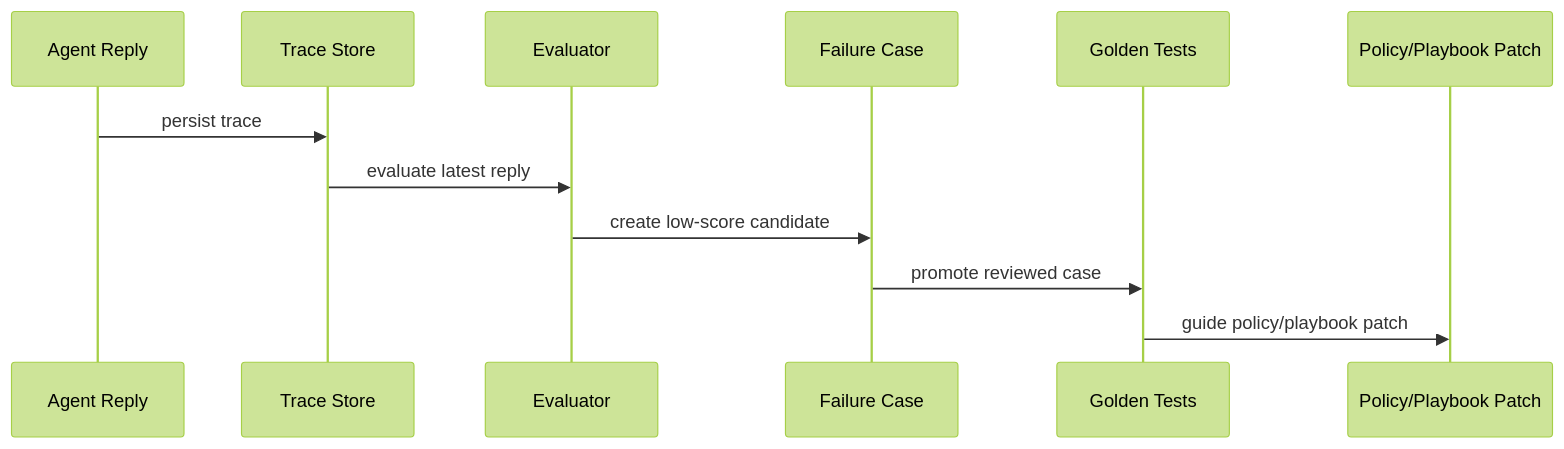
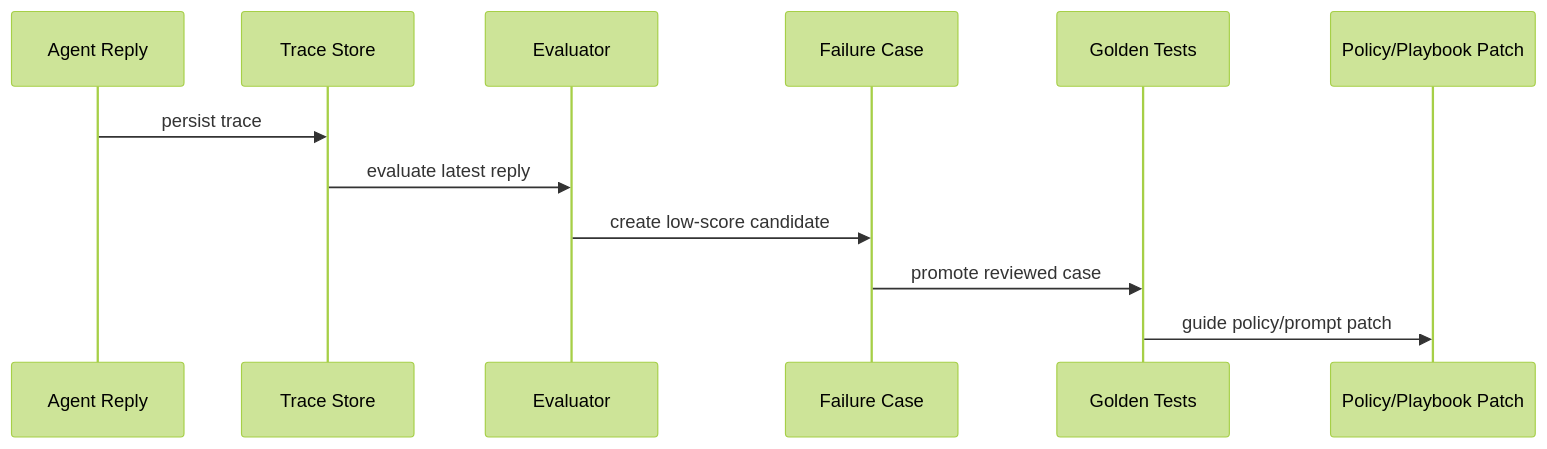
One commit to ImWenyaoT/chatty changed the seventh of 7 diagrams in docs/loop-engineering-plan.md. Above: the diagram before and after it, drawn with Mermaid (forest theme). The commit also changed other lines of this file and 4 other files, not shown here.

````diff
--- a/docs/loop-engineering-plan.md
+++ b/docs/loop-engineering-plan.md
@@ -321,15 +327,15 @@
 ```mermaid
 sequenceDiagram
   participant A as Agent Reply
   participant T as Trace Store
   participant E as Evaluator
   participant F as Failure Case
   participant G as Golden Tests
   participant P as Policy/Playbook Patch
 
   A->>T: persist trace
   T->>E: evaluate latest reply
   E->>F: create low-score candidate
   F->>G: promote reviewed case
-  G->>P: guide policy/playbook patch
+  G->>P: guide policy/prompt patch
 ```
````
